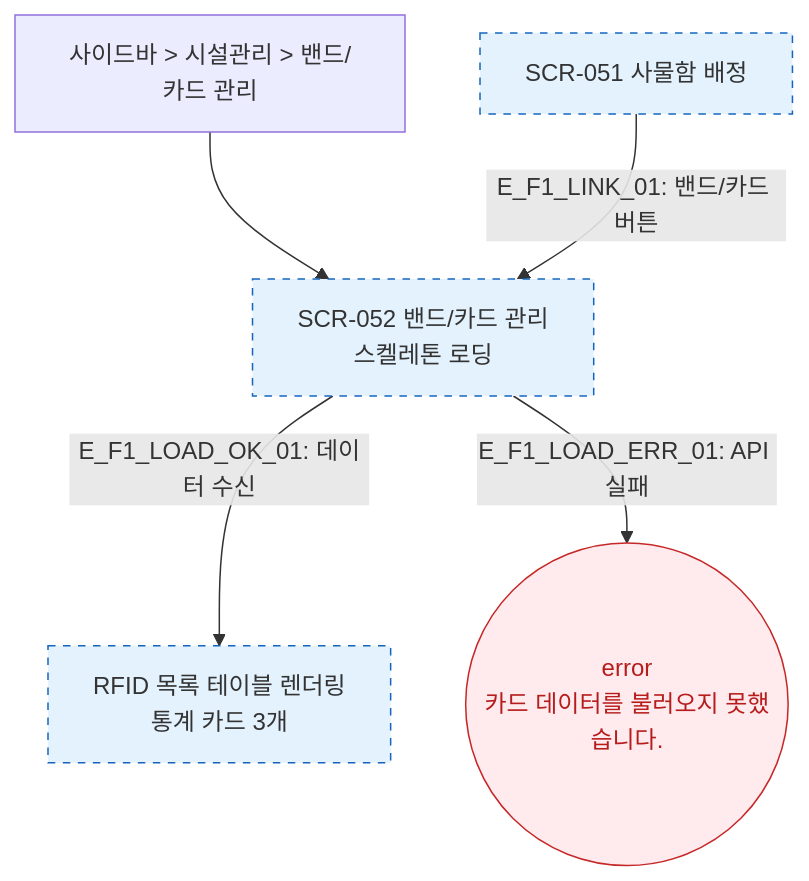
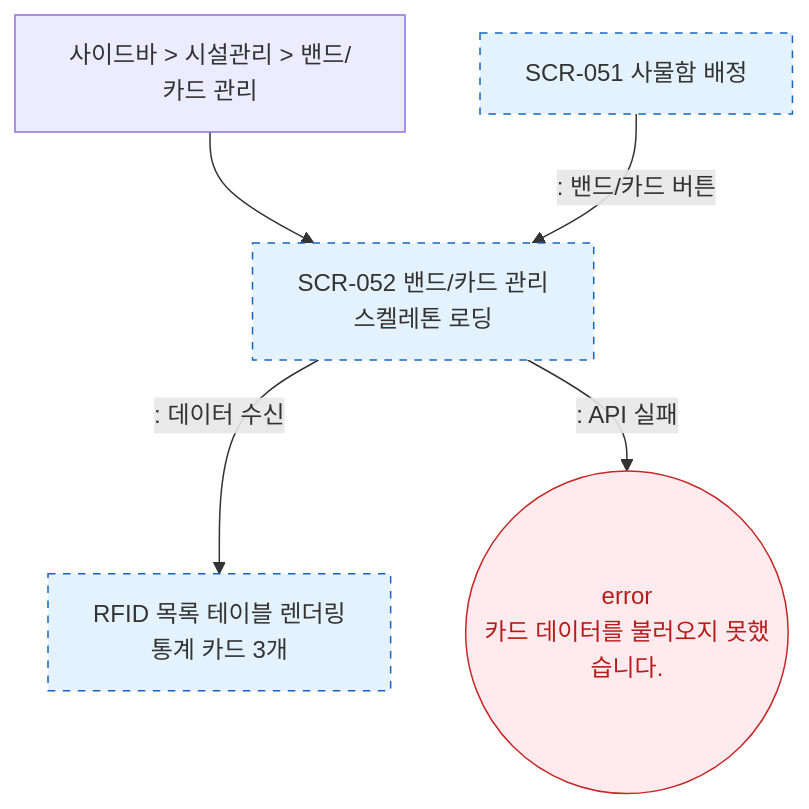
One commit to dev-spogym/admin-pando changed the diagram in docs/다이어그램/D06_시설관리/SCR-052_밴드카드관리/F1_진입플로우.md. Above: the diagram before and after it, drawn with Mermaid. The commit also changed other lines of this file and 1660 other files, not shown here.

First line of the commit message:
다이어그램: 기획자/클라이언트 납품본으로 정리

````diff
--- a/docs/다이어그램/D06_시설관리/SCR-052_밴드카드관리/F1_진입플로우.md
+++ b/docs/다이어그램/D06_시설관리/SCR-052_밴드카드관리/F1_진입플로우.md
@@ -16,13 +14,13 @@
 ```mermaid
 flowchart TD
     NAV[사이드바 > 시설관리 > 밴드/카드 관리] --> SCR_052[SCR-052 밴드/카드 관리\n스켈레톤 로딩]
-    SCR_051[SCR-051 사물함 배정] -->|"E_F1_LINK_01: 밴드/카드 버튼"| SCR_052
+    SCR_051[SCR-051 사물함 배정] -->|": 밴드/카드 버튼"|SCR_052
 
-    SCR_052 -->|"E_F1_LOAD_OK_01: 데이터 수신"| Ready[RFID 목록 테이블 렌더링\n통계 카드 3개]
-    SCR_052 -->|"E_F1_LOAD_ERR_01: API 실패"| ErrToast((error\n카드 데이터를 불러오지 못했습니다.))
+    SCR_052 -->|": 데이터 수신"|Ready[RFID 목록 테이블 렌더링\n통계 카드 3개]
+    SCR_052 -->|": API 실패"|ErrToast((error\n카드 데이터를 불러오지 못했습니다.))
 
     classDef screen fill:#E3F2FD,stroke:#1565C0,stroke-dasharray:5 5
     classDef error fill:#FFEBEE,stroke:#C62828,color:#B71C1C
     class SCR_052,Ready,SCR_051 screen
     class ErrToast error
 ```
````
